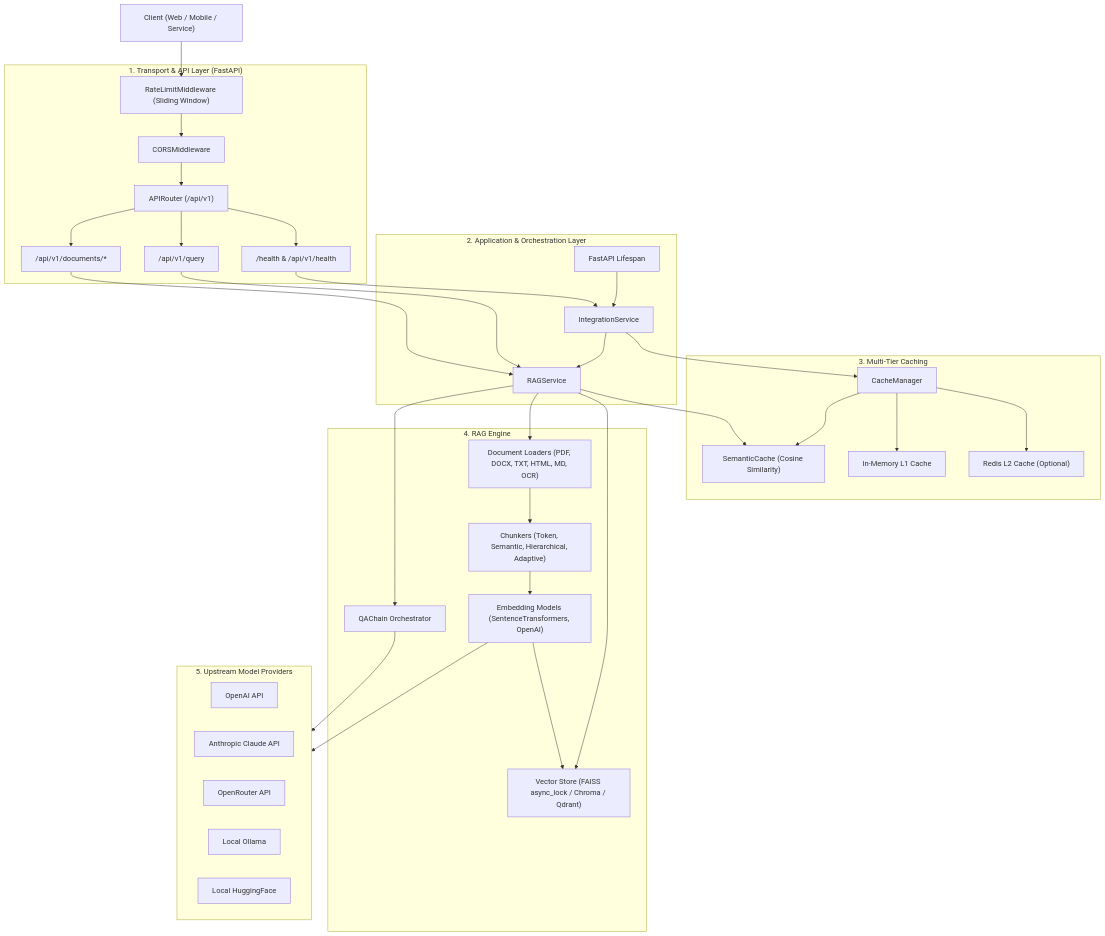
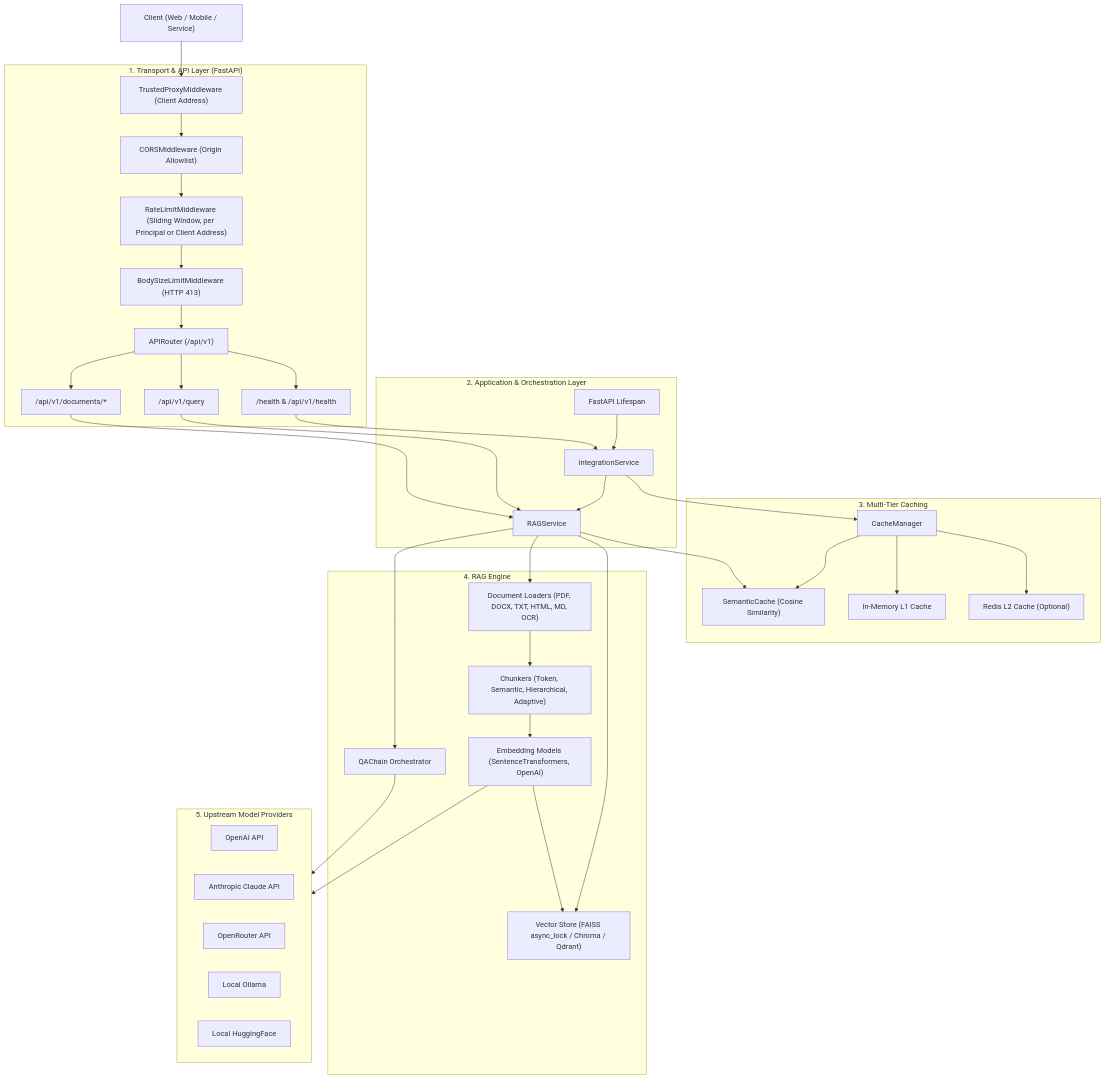
The diagram in docs/ARCHITECTURE.md (dibbed/tenant-rag), drawn with Mermaid before and after one commit. The commit also changed other lines of this file and 10 other files, not shown here.

````diff
--- a/docs/ARCHITECTURE.md
+++ b/docs/ARCHITECTURE.md
@@ -9,66 +9,68 @@
 ```mermaid
 flowchart TD
     Client["Client (Web / Mobile / Service)"]
 
     subgraph APILayer ["1. Transport & API Layer (FastAPI)"]
-        RL["RateLimitMiddleware (Sliding Window)"]
-        CORS["CORSMiddleware"]
+        RL["RateLimitMiddleware (Sliding Window, per Principal or Client Address)"]
+        BodyLimit["BodySizeLimitMiddleware (HTTP 413)"]
+        Proxy["TrustedProxyMiddleware (Client Address)"]
+        CORS["CORSMiddleware (Origin Allowlist)"]
         Router["APIRouter (/api/v1)"]
         HealthRoute["/health & /api/v1/health"]
         QueryRoute["/api/v1/query"]
         DocRoute["/api/v1/documents/*"]
     end
 
     subgraph ServiceLayer ["2. Application & Orchestration Layer"]
         Lifespan["FastAPI Lifespan"]
         IntService["IntegrationService"]
         RAGService["RAGService"]
     end
 
     subgraph CacheLayer ["3. Multi-Tier Caching"]
         CacheMgr["CacheManager"]
         SemCache["SemanticCache (Cosine Similarity)"]
         MemCache["In-Memory L1 Cache"]
         RedisCache["Redis L2 Cache (Optional)"]
     end
 
     subgraph RAGCore ["4. RAG Engine"]
         Loaders["Document Loaders (PDF, DOCX, TXT, HTML, MD, OCR)"]
         Chunkers["Chunkers (Token, Semantic, Hierarchical, Adaptive)"]
         Embedder["Embedding Models (SentenceTransformers, OpenAI)"]
         VectorStore["Vector Store (FAISS async_lock / Chroma / Qdrant)"]
         QAChain["QAChain Orchestrator"]
     end
 
     subgraph ModelProviders ["5. Upstream Model Providers"]
         OpenAI["OpenAI API"]
         Anthropic["Anthropic Claude API"]
         OpenRouter["OpenRouter API"]
         Ollama["Local Ollama"]
         HFLocal["Local HuggingFace"]
     end
 
-    Client --> RL --> CORS --> Router
+    Client --> Proxy --> CORS --> RL --> BodyLimit --> Router
     Router --> HealthRoute
     Router --> QueryRoute
     Router --> DocRoute
 
     HealthRoute --> IntService
     DocRoute --> RAGService
     QueryRoute --> RAGService
 
     Lifespan --> IntService
     IntService --> RAGService
     IntService --> CacheMgr
 
     RAGService --> Loaders --> Chunkers --> Embedder --> VectorStore
     RAGService --> SemCache
     RAGService --> VectorStore
     RAGService --> QAChain
 
     QAChain --> ModelProviders
     Embedder --> ModelProviders
     CacheMgr --> SemCache
     CacheMgr --> MemCache
     CacheMgr --> RedisCache
 ```
````
